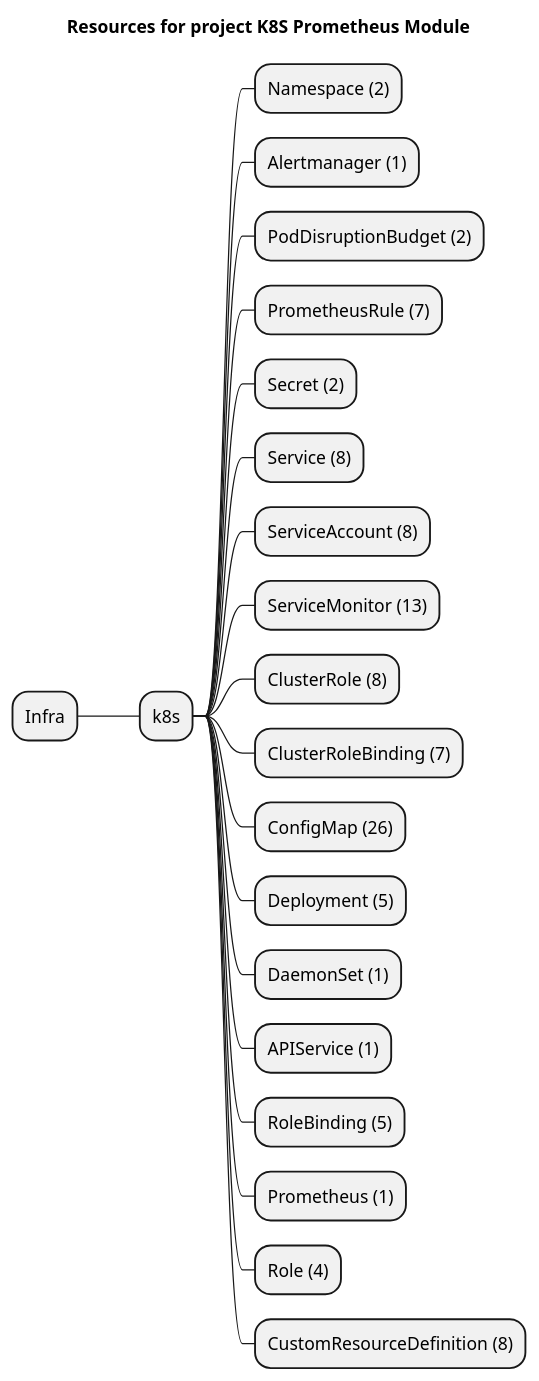
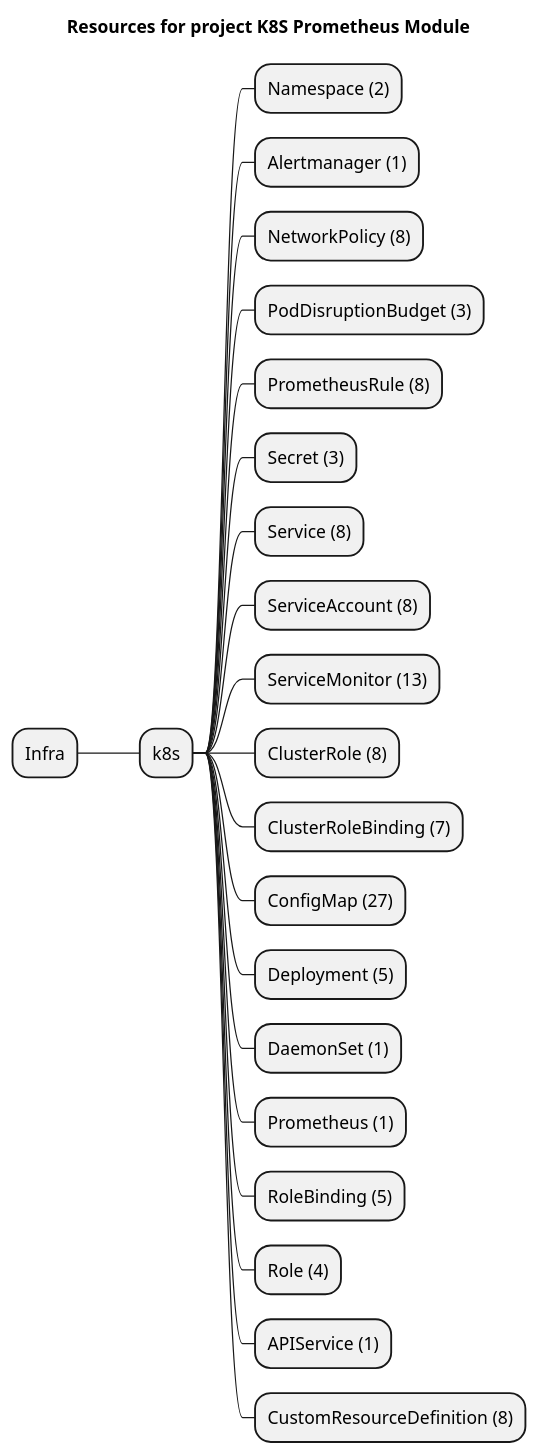
Before and after one commit to grucloud/grucloud: the diagram in packages/modules/k8s/prometheus/example/artifacts/resources-mindmap.puml, drawn with PlantUML. The commit also changed 14 other files, not shown here.

```diff
--- a/packages/modules/k8s/prometheus/example/artifacts/resources-mindmap.puml
+++ b/packages/modules/k8s/prometheus/example/artifacts/resources-mindmap.puml
@@ -1,24 +1,25 @@
 @startmindmap
 title Resources for project K8S Prometheus Module
 skinparam monochrome true
 + Infra
 ++ k8s
 +++ Namespace (2)
 +++ Alertmanager (1)
-+++ PodDisruptionBudget (2)
-+++ PrometheusRule (7)
-+++ Secret (2)
++++ NetworkPolicy (8)
++++ PodDisruptionBudget (3)
++++ PrometheusRule (8)
++++ Secret (3)
 +++ Service (8)
 +++ ServiceAccount (8)
 +++ ServiceMonitor (13)
 +++ ClusterRole (8)
 +++ ClusterRoleBinding (7)
-+++ ConfigMap (26)
++++ ConfigMap (27)
 +++ Deployment (5)
 +++ DaemonSet (1)
++++ Prometheus (1)
++++ RoleBinding (5)
++++ Role (4)
 +++ APIService (1)
-+++ RoleBinding (5)
-+++ Prometheus (1)
-+++ Role (4)
 +++ CustomResourceDefinition (8)
 @endmindmap
```
